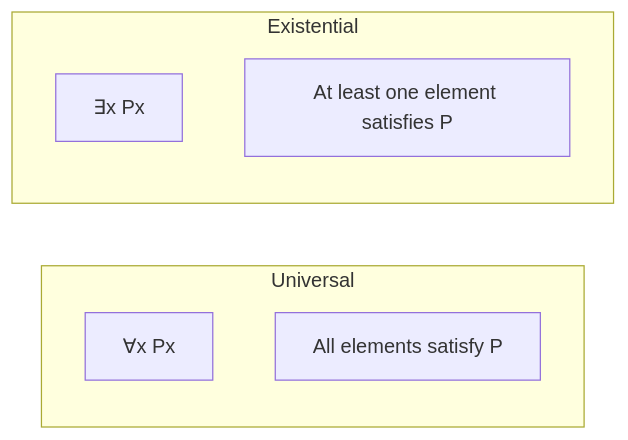
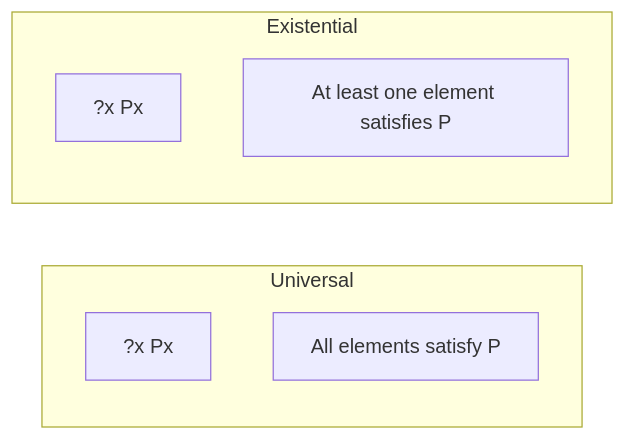
One commit to Raushan666java/ai-engineering-journey changed the second of 3 diagrams in docs/courses/discrete-mathematics/03-predicates.md. Above: the diagram before and after it, drawn with Mermaid. The commit also changed other lines of this file and 790 other files, not shown here.

Commit message:
Sync all course diagram renders and content updates

````diff
--- a/docs/courses/discrete-mathematics/03-predicates.md
+++ b/docs/courses/discrete-mathematics/03-predicates.md
@@ -74,13 +74,13 @@
 ```mermaid
 flowchart LR
     subgraph Universal
         direction TB
-        A1[∀x Px]
+        A1[?x Px]
         A2[All elements satisfy P]
     end
     subgraph Existential
         direction TB
-        B1[∃x Px]
+        B1[?x Px]
         B2[At least one element satisfies P]
     end
 ```
````
